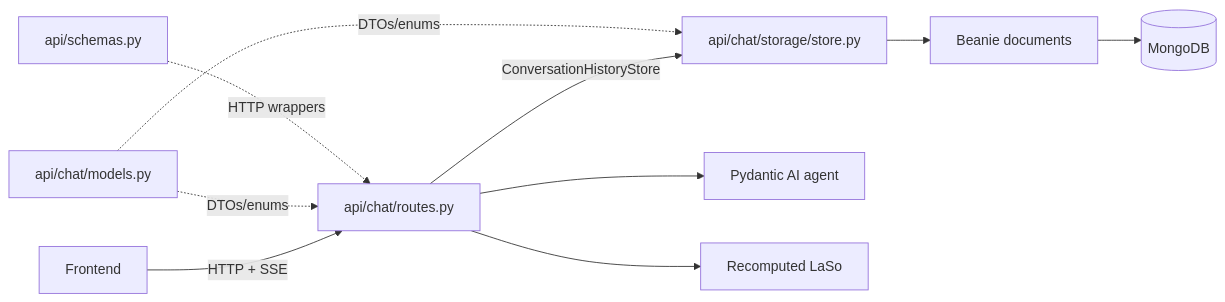
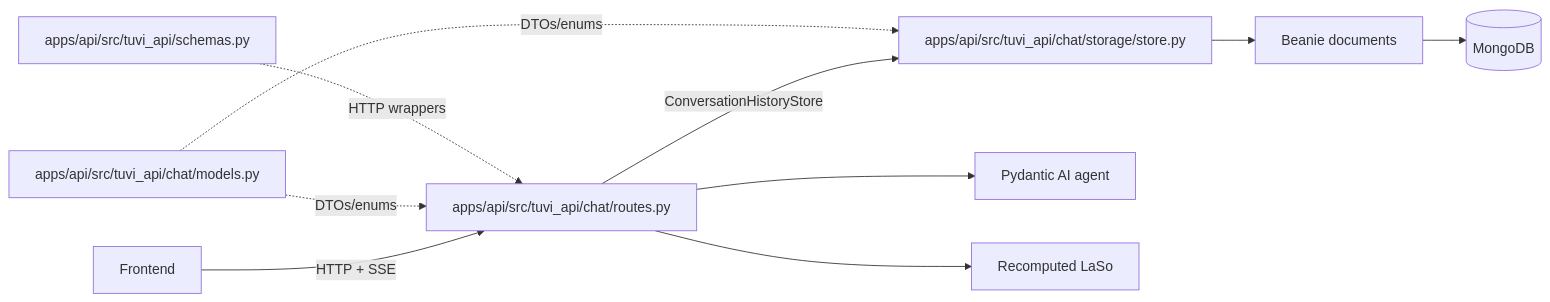
Before and after one commit to TrungDinhT/tuviLM: the first of 4 diagrams in docs/conversation_history/design/architecture.md, drawn with Mermaid. The commit also changed other lines of this file and 12 other files, not shown here.

````diff
--- a/docs/conversation_history/design/architecture.md
+++ b/docs/conversation_history/design/architecture.md
@@ -24,14 +24,14 @@
 ```mermaid
 flowchart LR
-    Client[Frontend] -->|HTTP + SSE| Routes[api/chat/routes.py]
-    Routes -->|ConversationHistoryStore| Store[api/chat/storage/store.py]
+    Client[Frontend] -->|HTTP + SSE| Routes[apps/api/src/tuvi_api/chat/routes.py]
+    Routes -->|ConversationHistoryStore| Store[apps/api/src/tuvi_api/chat/storage/store.py]
     Store --> Docs[Beanie documents]
     Docs --> Mongo[(MongoDB)]
 
     Routes --> Agent[Pydantic AI agent]
     Routes --> LaSo[Recomputed LaSo]
 
-    Models[api/chat/models.py] -.DTOs/enums.-> Routes
+    Models[apps/api/src/tuvi_api/chat/models.py] -.DTOs/enums.-> Routes
     Models -.DTOs/enums.-> Store
-    Schemas[api/schemas.py] -.HTTP wrappers.-> Routes
+    Schemas[apps/api/src/tuvi_api/schemas.py] -.HTTP wrappers.-> Routes
 ```
````
